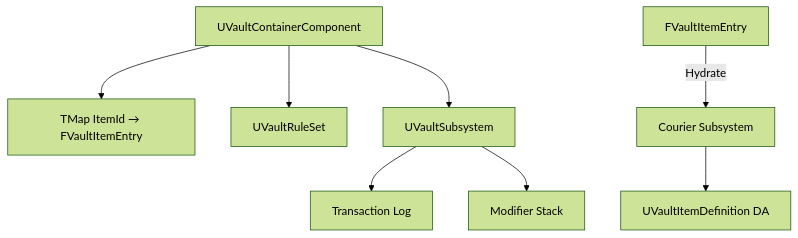
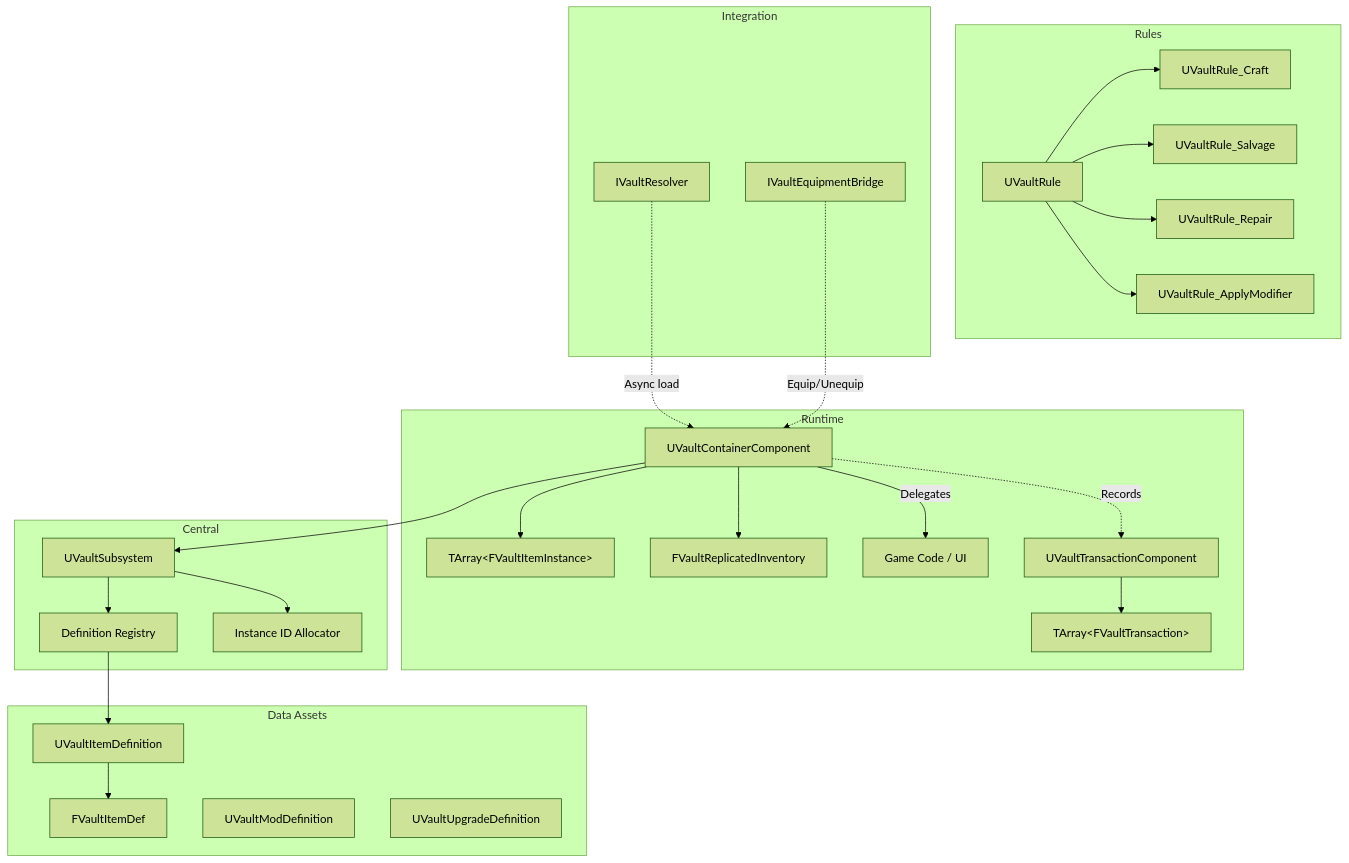
The first of 2 diagrams in docs/vault/overview.md (deploymodule/unreal-docs), drawn with Mermaid (forest theme) before and after one commit. The commit also changed other lines of this file and 11 other files, not shown here.

````diff
--- a/docs/vault/overview.md
+++ b/docs/vault/overview.md
@@ -9,10 +9,31 @@
 ```mermaid
 graph TD
-    Container[UVaultContainerComponent] --> EntryMap[TMap ItemId → FVaultItemEntry]
-    Container --> Rules[UVaultRuleSet]
-    Container --> Subsystem[UVaultSubsystem]
-    Subsystem --> TransactionLog[Transaction Log]
-    Subsystem --> ModifierStack[Modifier Stack]
-    FVaultItemEntry -->|Hydrate| Courier[Courier Subsystem]
-    Courier --> ItemDef[UVaultItemDefinition DA]
+    subgraph Runtime
+        Container[UVaultContainerComponent] --> Items["TArray&lt;FVaultItemInstance&gt;"]
+        Container --> Replication[FVaultReplicatedInventory]
+        Container -->|Delegates| GameCode[Game Code / UI]
+        Transaction[UVaultTransactionComponent] --> History["TArray&lt;FVaultTransaction&gt;"]
+        Container -.->|Records| Transaction
+    end
+    subgraph Central
+        Subsystem[UVaultSubsystem] --> DefRegistry["Definition Registry"]
+        Subsystem --> InstanceIdAlloc["Instance ID Allocator"]
+    end
+    subgraph Data Assets
+        ItemDef[UVaultItemDefinition] --> DefData[FVaultItemDef]
+        ModDef[UVaultModDefinition]
+        UpgradeDef[UVaultUpgradeDefinition]
+    end
+    subgraph Rules
+        Rule[UVaultRule] --> Craft[UVaultRule_Craft]
+        Rule --> Salvage[UVaultRule_Salvage]
+        Rule --> Repair[UVaultRule_Repair]
+        Rule --> ApplyMod[UVaultRule_ApplyModifier]
+    end
+    subgraph Integration
+        Resolver[IVaultResolver] -.->|Async load| Container
+        EquipBridge[IVaultEquipmentBridge] -.->|Equip/Unequip| Container
+    end
+    DefRegistry --> ItemDef
+    Container --> Subsystem
 ```
````
